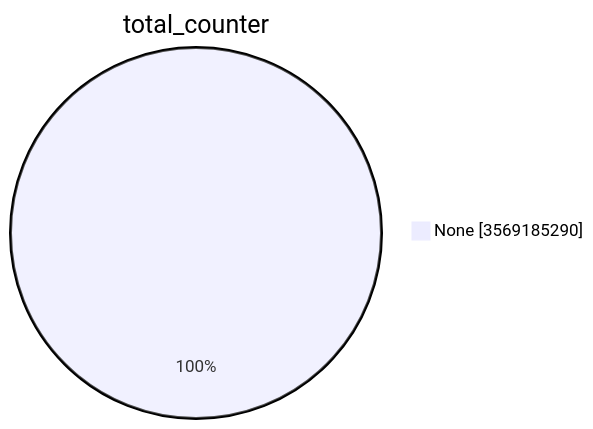
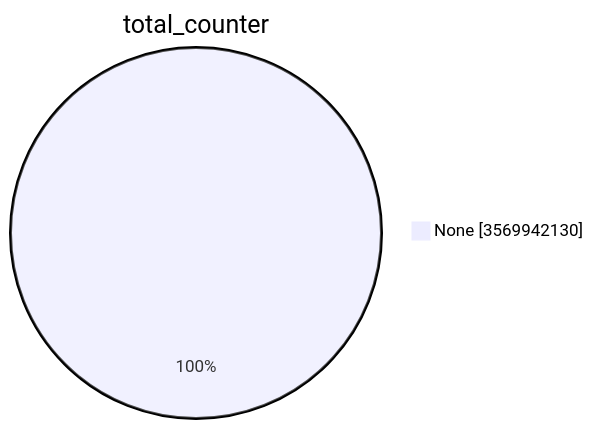
Before and after one commit to christiankrug/ctmonitor_visualization: the first of 15 diagrams in TOTAL/README.md, drawn with Mermaid. The commit also changed other lines of this file, not shown here.

````diff
--- a/TOTAL/README.md
+++ b/TOTAL/README.md
@@ -1,5 +1,5 @@
 ```mermaid
 pie showData
 title total_counter
-"None" :3569185290
+"None" :3569942130
 ```
````
